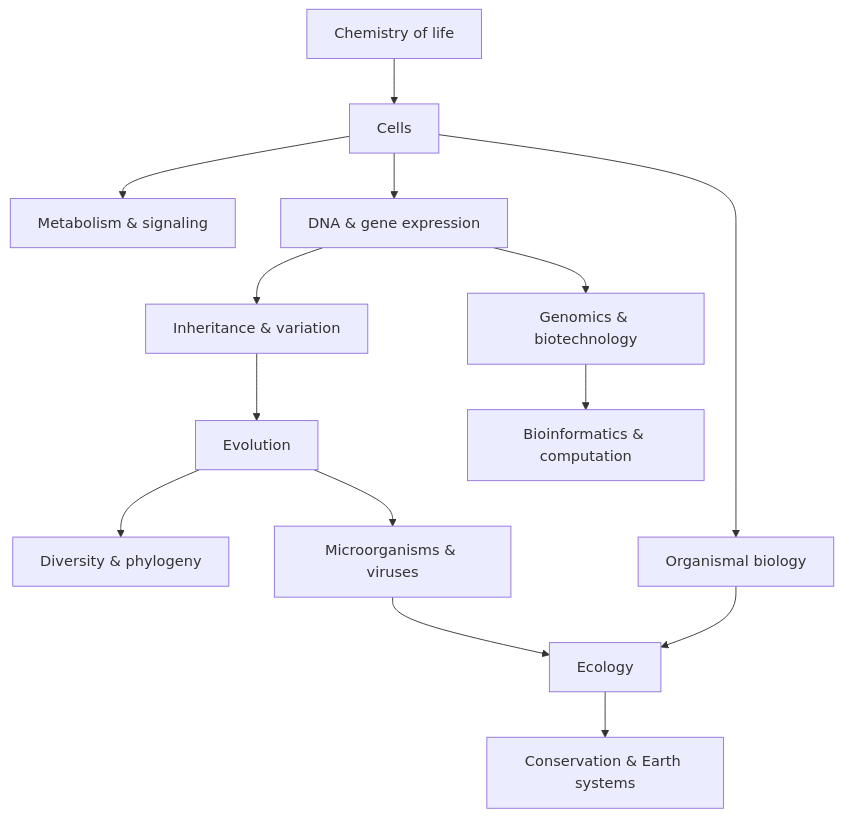
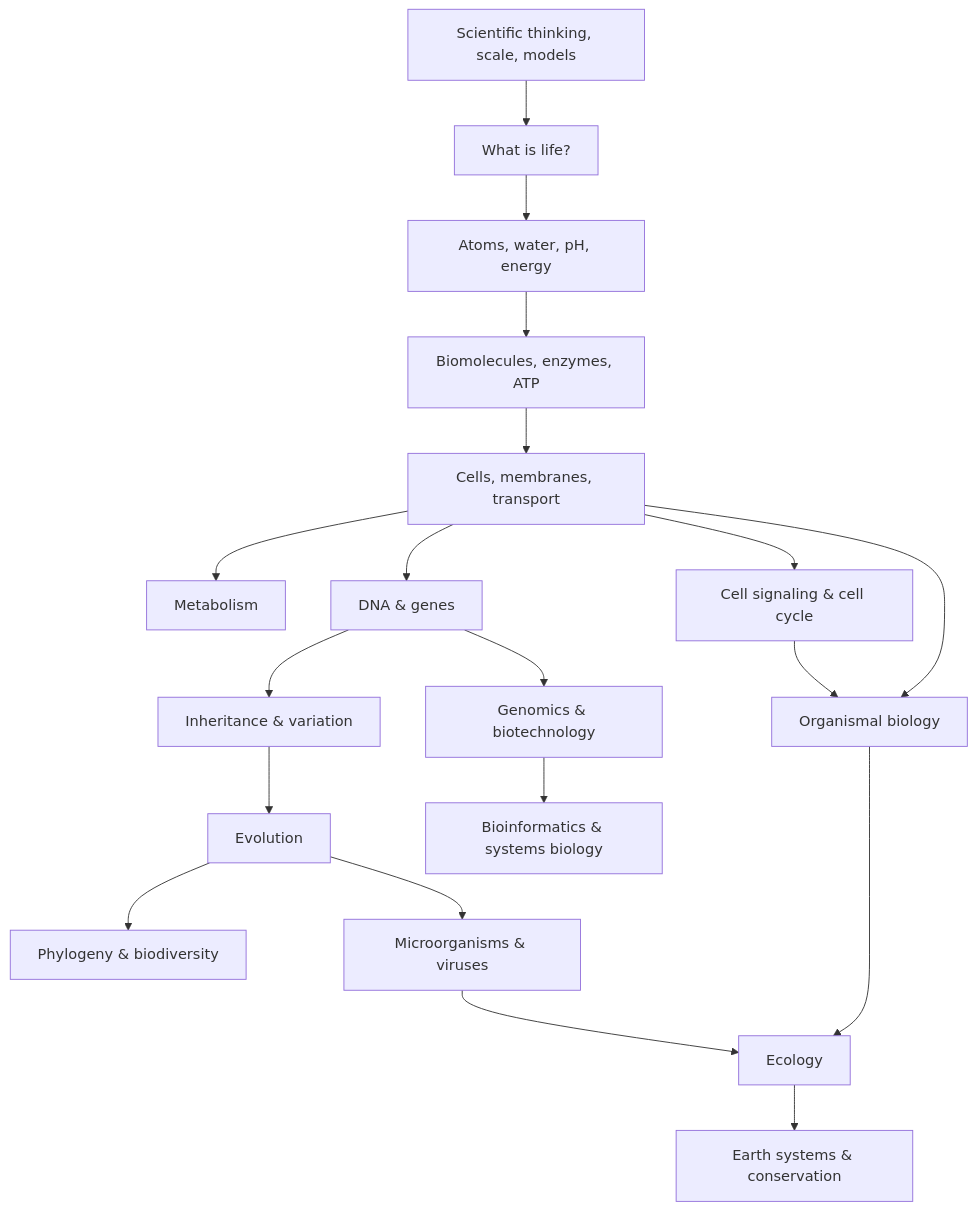
Before and after one commit to hunggtham/learning-docs: the diagram in biology/README.md, drawn with Mermaid. The commit also changed other lines of this file, not shown here.

Commit message:
Rewrite biology library README for zero-background learners

````diff
--- a/biology/README.md
+++ b/biology/README.md
@@ -7,16 +9,21 @@
 ```mermaid
 flowchart TD
-    A[Chemistry of life] --> B[Cells]
-    B --> C[Metabolism & signaling]
-    B --> D[DNA & gene expression]
-    D --> E[Inheritance & variation]
-    E --> F[Evolution]
-    F --> G[Diversity & phylogeny]
-    F --> M[Microorganisms & viruses]
-    B --> H[Organismal biology]
-    H --> I[Ecology]
-    M --> I
-    D --> J[Genomics & biotechnology]
-    I --> K[Conservation & Earth systems]
-    J --> L[Bioinformatics & computation]
+    A[Scientific thinking, scale, models] --> B[What is life?]
+    B --> C[Atoms, water, pH, energy]
+    C --> D[Biomolecules, enzymes, ATP]
+    D --> E[Cells, membranes, transport]
+    E --> F[Metabolism]
+    E --> G[Cell signaling & cell cycle]
+    E --> H[DNA & genes]
+    H --> I[Inheritance & variation]
+    I --> J[Evolution]
+    J --> K[Phylogeny & biodiversity]
+    J --> L[Microorganisms & viruses]
+    E --> M[Organismal biology]
+    G --> M
+    M --> N[Ecology]
+    L --> N
+    H --> O[Genomics & biotechnology]
+    O --> P[Bioinformatics & systems biology]
+    N --> Q[Earth systems & conservation]
 ```
````
